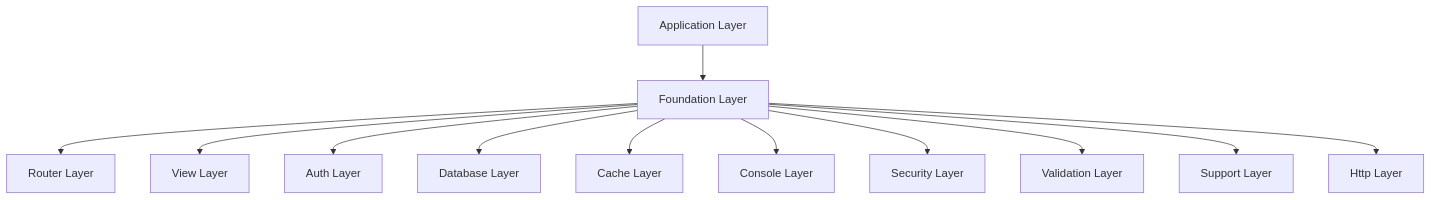
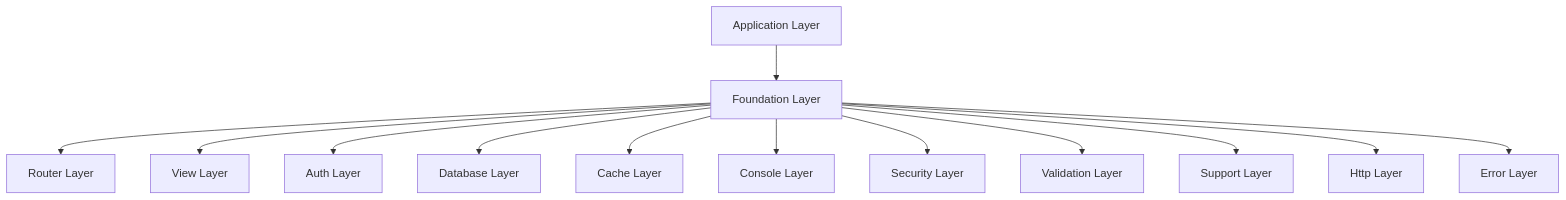
The diagram in .kilocode/rules/memory-bank/architecture.md (lengthofrope/treehouse), drawn with Mermaid before and after one commit. The commit also changed other lines of this file and 7 other files, not shown here.

````diff
--- a/.kilocode/rules/memory-bank/architecture.md
+++ b/.kilocode/rules/memory-bank/architecture.md
@@ -9,14 +9,15 @@
 ```mermaid
 graph TB
     A[Application Layer] --> B[Foundation Layer]
     B --> C[Router Layer]
     B --> D[View Layer]
     B --> E[Auth Layer]
     B --> F[Database Layer]
     B --> G[Cache Layer]
     B --> H[Console Layer]
     B --> I[Security Layer]
     B --> J[Validation Layer]
     B --> K[Support Layer]
     B --> L[Http Layer]
+    B --> M[Error Layer]
 ```
````
